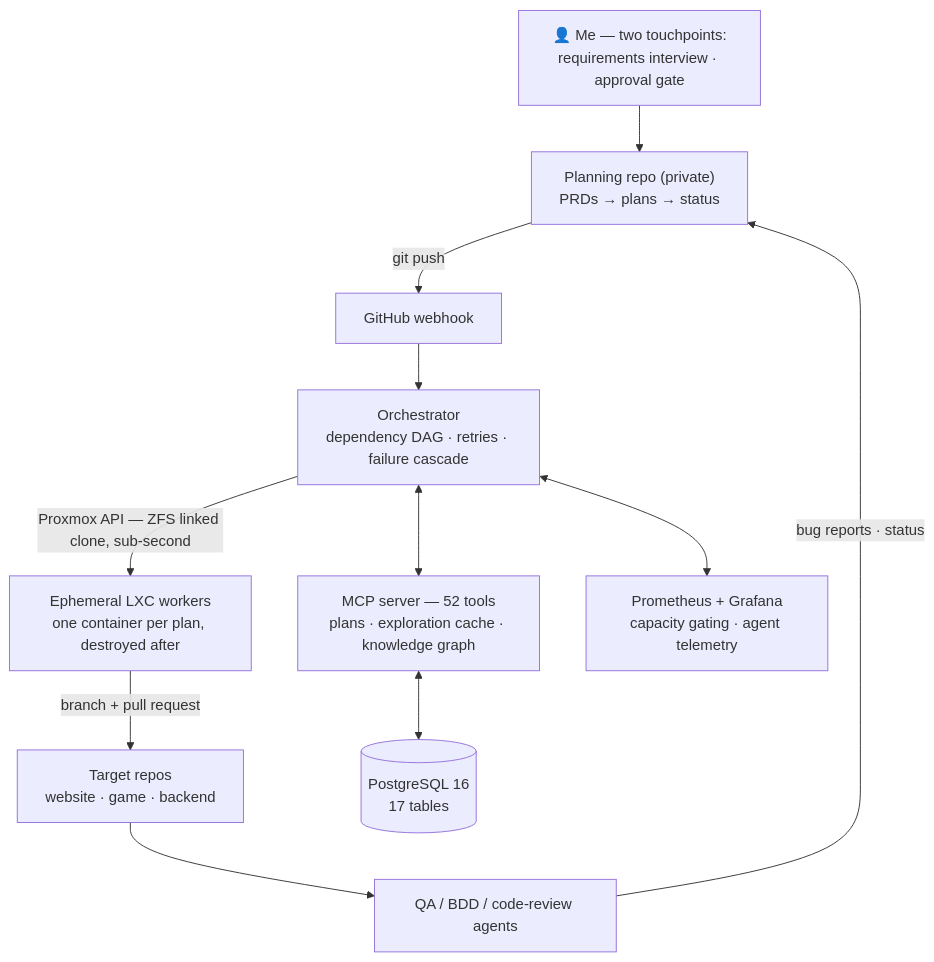
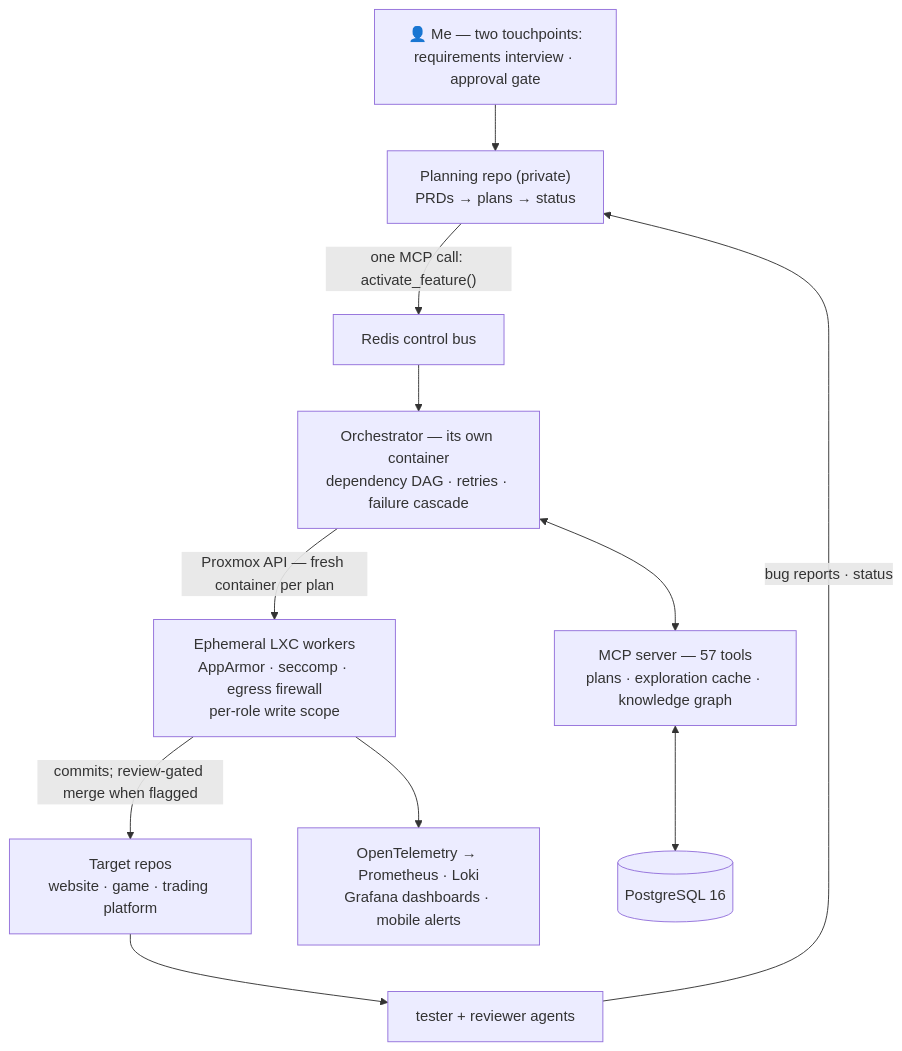
Before and after one commit to GuppitusMaximus/fish-tank: the diagram in README.md, drawn with Mermaid. The commit also changed other lines of this file, not shown here.

First line of the commit message:
README: refresh architecture + trust sections for measured V2 enforcement (#21)

````diff
--- a/README.md
+++ b/README.md
@@ -28,13 +28,13 @@
 ```mermaid
 flowchart TD
     U["👤 Me — two touchpoints:\nrequirements interview · approval gate"] --> P["Planning repo (private)\nPRDs → plans → status"]
-    P -->|git push| W["GitHub webhook"]
-    W --> O["Orchestrator\ndependency DAG · retries · failure cascade"]
-    O -->|"Proxmox API — ZFS linked clone, sub-second"| L["Ephemeral LXC workers\none container per plan, destroyed after"]
-    L -->|"branch + pull request"| T["Target repos\nwebsite · game · backend"]
-    T --> QA["QA / BDD / code-review agents"]
+    P -->|"one MCP call: activate_feature()"| B["Redis control bus"]
+    B --> O["Orchestrator — its own container\ndependency DAG · retries · failure cascade"]
+    O -->|"Proxmox API — fresh container per plan"| L["Ephemeral LXC workers\nAppArmor · seccomp · egress firewall\nper-role write scope"]
+    L -->|"commits; review-gated merge when flagged"| T["Target repos\nwebsite · game · trading platform"]
+    T --> QA["tester + reviewer agents"]
     QA -->|"bug reports · status"| P
-    O <--> M["MCP server — 52 tools\nplans · exploration cache · knowledge graph"]
-    M <--> DB[("PostgreSQL 16\n17 tables")]
-    O <--> PR["Prometheus + Grafana\ncapacity gating · agent telemetry"]
+    O <--> M["MCP server — 57 tools\nplans · exploration cache · knowledge graph"]
+    M <--> DB[("PostgreSQL 16")]
+    L --> OT["OpenTelemetry → Prometheus · Loki\nGrafana dashboards · mobile alerts"]
 ```
````
